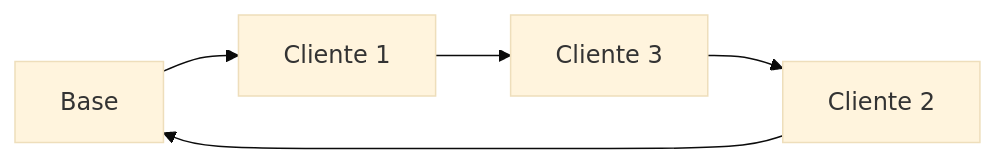
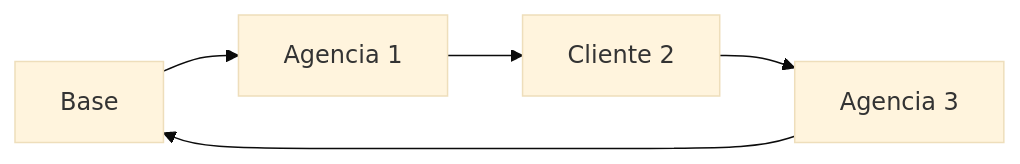
The diagram in docs/apresentacao/05-resultados-e-analise.md (ThiagoBibiano/aredes-roteirizacao-numerario), drawn with Mermaid (base theme) before and after one commit. The commit also changed other lines of this file and 4 other files, not shown here.

````diff
--- a/docs/apresentacao/05-resultados-e-analise.md
+++ b/docs/apresentacao/05-resultados-e-analise.md
@@ -27,7 +36,7 @@
 ```mermaid
 flowchart LR
-    B0[Base] --> C1[Cliente 1]
-    C1 --> C3[Cliente 3]
-    C3 --> C2[Cliente 2]
-    C2 --> B0
+    B0[Base] --> A1[Agencia 1]
+    A1 --> C2[Cliente 2]
+    C2 --> A3[Agencia 3]
+    A3 --> B0
 ```
````
